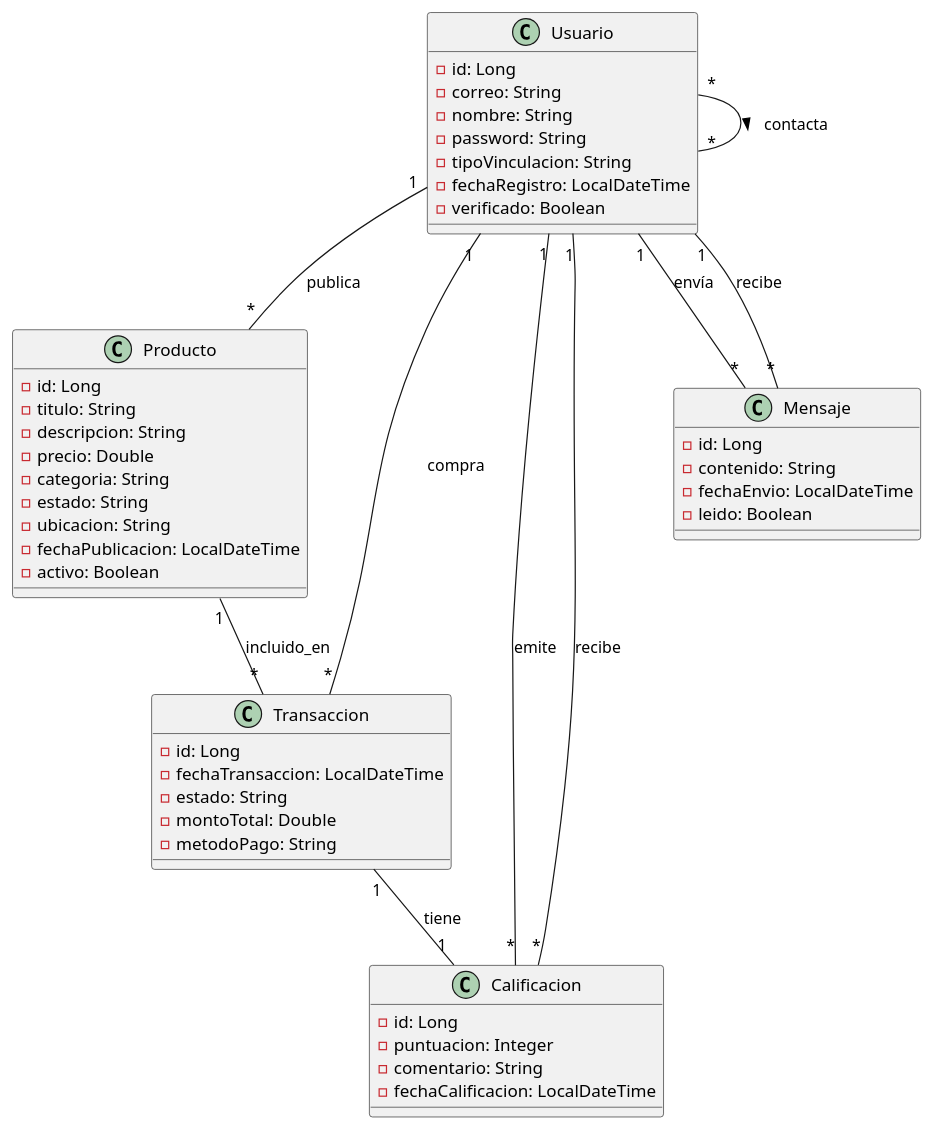
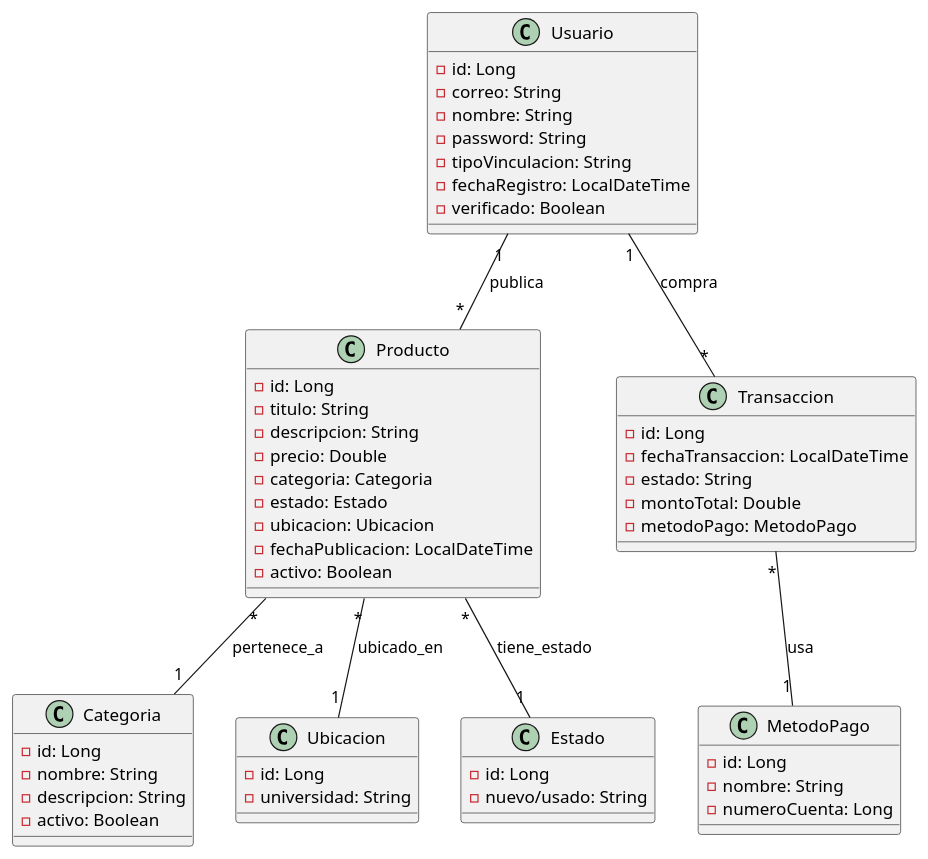
Before and after one commit to 2005-jjbs/Proyecto_Final_Fundamentos: the diagram in docs/modelo-clases.md, drawn with PlantUML. The commit also changed 2 other files, not shown here.

Commit message:
Agregar caso de uso para generar transacción y actualizar modelo de clases

````diff
--- a/docs/modelo-clases.md
+++ b/docs/modelo-clases.md
@@ -5,59 +5,65 @@
 ```plantuml
 @startuml
 class Usuario {
   - id: Long
   - correo: String
   - nombre: String
   - password: String
   - tipoVinculacion: String
   - fechaRegistro: LocalDateTime
   - verificado: Boolean
 }
 
 class Producto {
   - id: Long
   - titulo: String
   - descripcion: String
   - precio: Double
-  - categoria: String
-  - estado: String
-  - ubicacion: String
+  - categoria: Categoria
+  - estado: Estado
+  - ubicacion: Ubicacion
   - fechaPublicacion: LocalDateTime
   - activo: Boolean
+}
+
+class Categoria {
+  - id: Long
+  - nombre: String
+  - descripcion: String
+  - activo: Boolean
+}
+
+class Ubicacion {
+  - id: Long
+  - universidad: String
+}
+
+class Estado {
+  - id: Long
+  - nuevo/usado: String
 }
 
 class Transaccion {
   - id: Long
   - fechaTransaccion: LocalDateTime
   - estado: String
   - montoTotal: Double
-  - metodoPago: String
+  - metodoPago: MetodoPago
 }
 
-class Calificacion {
+class MetodoPago {
   - id: Long
-  - puntuacion: Integer
-  - comentario: String
-  - fechaCalificacion: LocalDateTime
-}
-
-class Mensaje {
-  - id: Long
-  - contenido: String
-  - fechaEnvio: LocalDateTime
-  - leido: Boolean
+  - nombre: String
+  - numeroCuenta: Long
 }
 
 ' Relaciones principales
 Usuario "1" -- "*" Producto : publica
 Usuario "1" -- "*" Transaccion : compra
-Producto "1" -- "*" Transaccion : incluido_en
-Usuario "*" -- "*" Usuario : contacta >
-Usuario "1" -- "*" Calificacion : emite
-Usuario "1" -- "*" Calificacion : recibe
-Transaccion "1" -- "1" Calificacion : tiene
-Usuario "1" -- "*" Mensaje : envía
-Usuario "1" -- "*" Mensaje : recibe
+Producto "*" -- "1" Categoria : pertenece_a
+Producto "*" -- "1" Ubicacion : ubicado_en
+Producto "*" -- "1" Estado : tiene_estado
+Transaccion "*" -- "1" MetodoPago : usa
 
 @enduml
 ```
````
